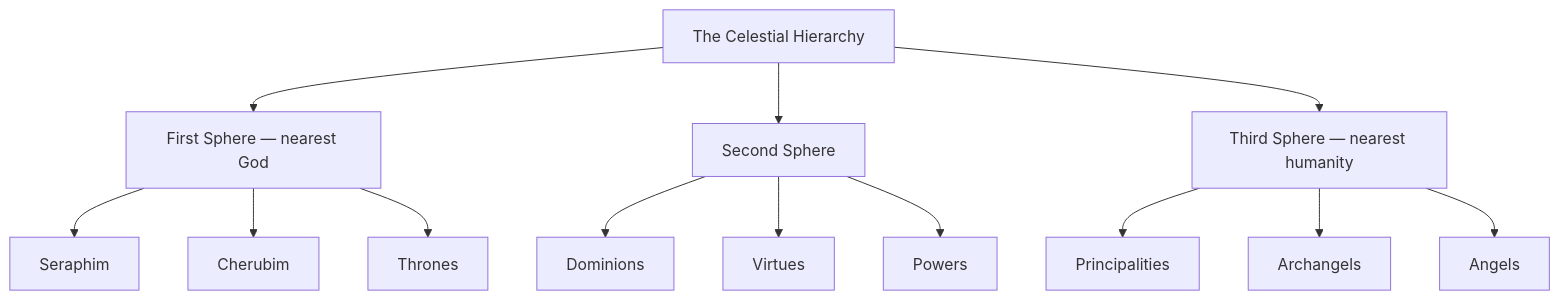
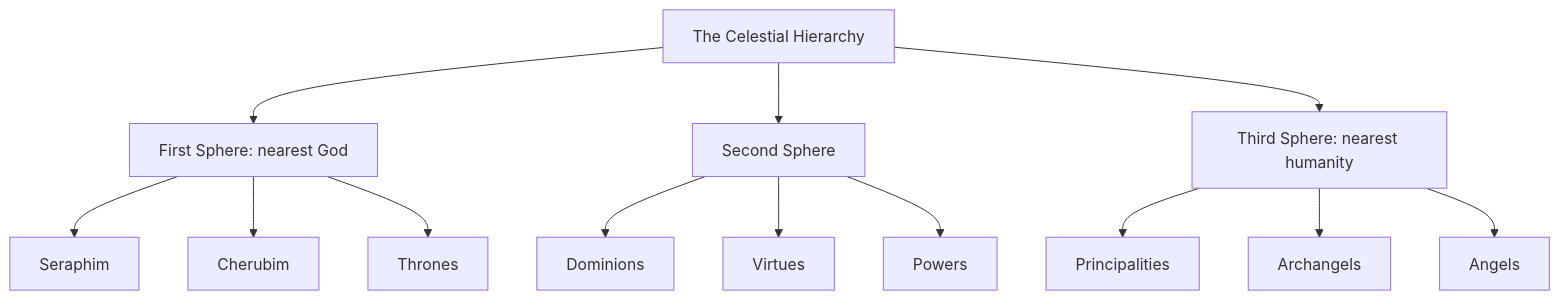
One commit to kennethreitz/kennethreitz.org changed the diagram in data/knowledge/angels-and-demons/angels/index.md. Above: the diagram before and after it, drawn with Mermaid. The commit also changed other lines of this file and 879 other files, not shown here.

````diff
--- a/data/knowledge/angels-and-demons/angels/index.md
+++ b/data/knowledge/angels-and-demons/angels/index.md
@@ -23,16 +23,16 @@
 ```mermaid
 flowchart TD
     T["The Celestial Hierarchy"]
-    T --> F["First Sphere — nearest God"]
+    T --> F["First Sphere: nearest God"]
     T --> S["Second Sphere"]
-    T --> Th["Third Sphere — nearest humanity"]
+    T --> Th["Third Sphere: nearest humanity"]
     F --> Se["Seraphim"]
     F --> Ch["Cherubim"]
     F --> Tr["Thrones"]
     S --> Do["Dominions"]
     S --> Vi["Virtues"]
     S --> Po["Powers"]
     Th --> Pr["Principalities"]
     Th --> Ar["Archangels"]
     Th --> An["Angels"]
 ```
````
